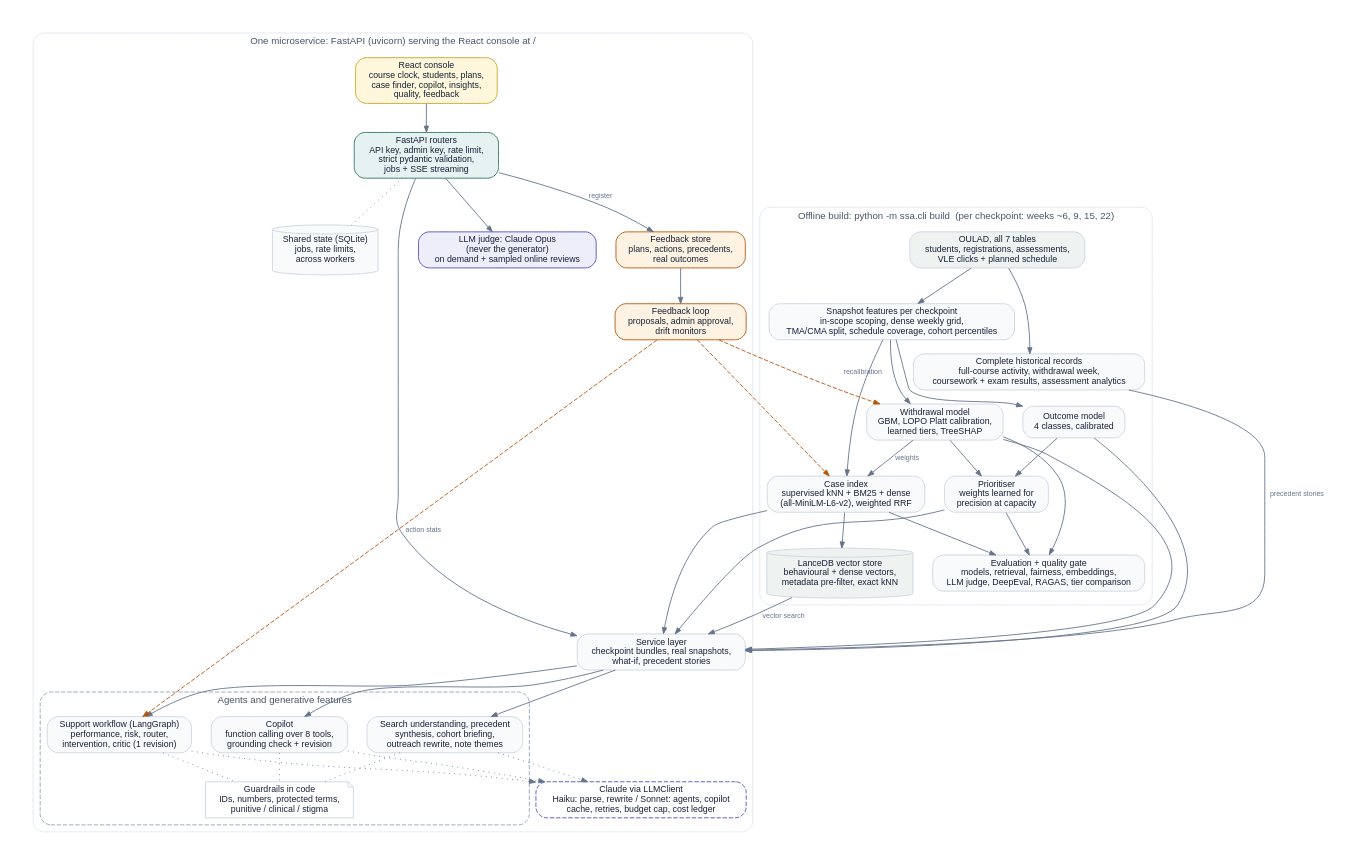
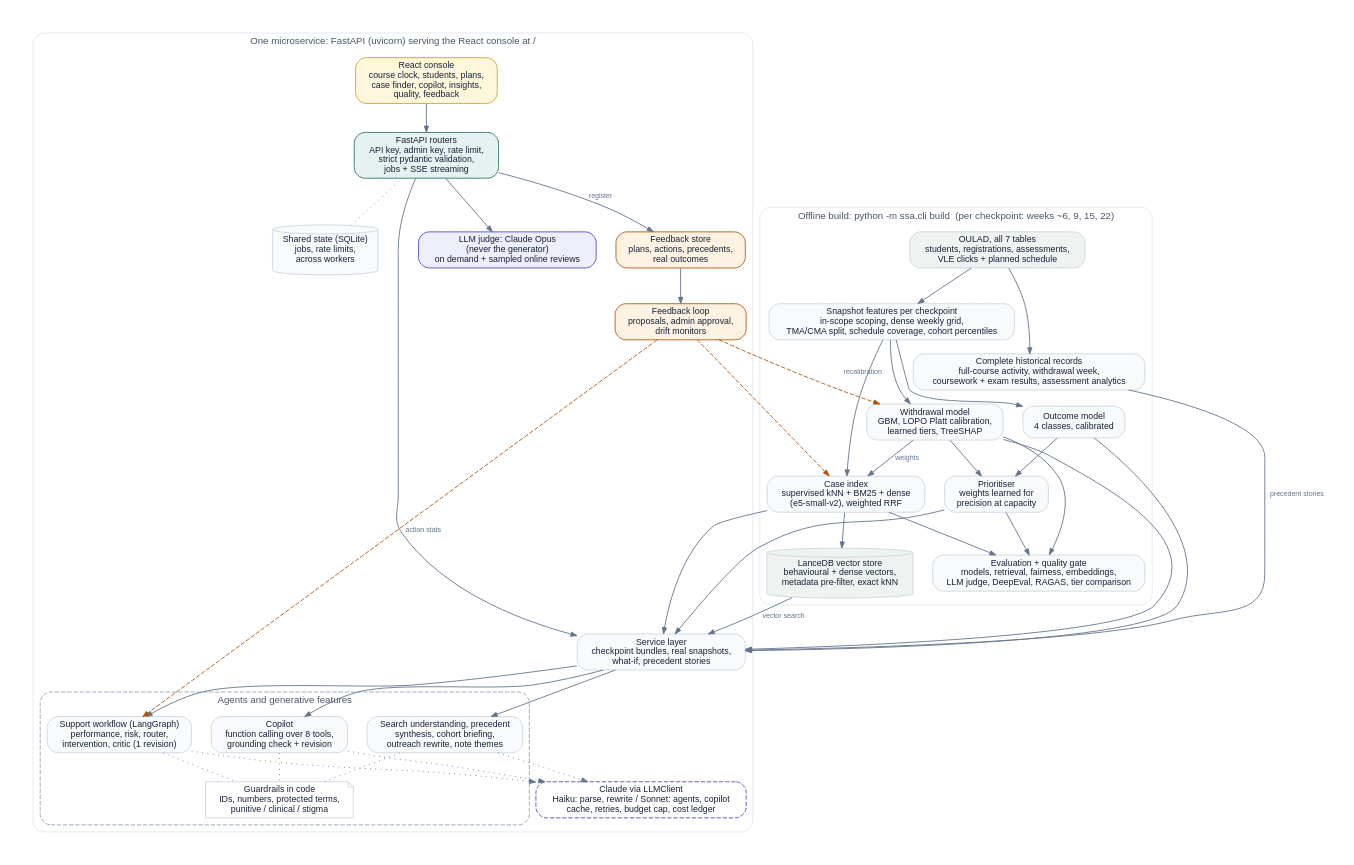
Before and after one commit to stealthynugget/student_success_assistant: the diagram in docs/architecture.dot, drawn with Graphviz. The commit also changed 17 other files, not shown here.

First line of the commit message:
Switch the dense channel to e5-small-v2

```diff
--- a/docs/architecture.dot
+++ b/docs/architecture.dot
@@ -1,41 +1,41 @@
 digraph SSA {
   graph [rankdir=TB, newrank=true, fontname="Helvetica", fontsize=11, bgcolor="white", pad=0.3, nodesep=0.3, ranksep=0.45, splines=true];
   node  [shape=box, style="rounded,filled", fontname="Helvetica", fontsize=10, color="#CBD5E1", fillcolor="#F8FAFC", fontcolor="#172036"];
   edge  [color="#64748B", arrowsize=0.7, fontname="Helvetica", fontsize=8, fontcolor="#64748B"];
 
   subgraph cluster_data { label="Offline build: python -m ssa.cli build  (per checkpoint: weeks ~6, 9, 15, 22)"; style="rounded"; color="#E2E8F0"; fontcolor="#475569";
     raw [label="OULAD, all 7 tables\nstudents, registrations, assessments,\nVLE clicks + planned schedule", fillcolor="#EEF2F1"];
     feat [label="Snapshot features per checkpoint\nin-scope scoping, dense weekly grid,\nTMA/CMA split, schedule coverage, cohort percentiles"];
     full [label="Complete historical records\nfull-course activity, withdrawal week,\ncoursework + exam results, assessment analytics"];
     risk [label="Withdrawal model\nGBM, LOPO Platt calibration,\nlearned tiers, TreeSHAP"];
     out  [label="Outcome model\n4 classes, calibrated"];
     prio [label="Prioritiser\nweights learned for\nprecision at capacity"];
-    idx  [label="Case index\nsupervised kNN + BM25 + dense\n(all-MiniLM-L6-v2), weighted RRF"];
+    idx  [label="Case index\nsupervised kNN + BM25 + dense\n(e5-small-v2), weighted RRF"];
     vdb  [label="LanceDB vector store\nbehavioural + dense vectors,\nmetadata pre-filter, exact kNN", shape=cylinder, fillcolor="#EEF2F1"];
     eval [label="Evaluation + quality gate\nmodels, retrieval, fairness, embeddings,\nLLM judge, DeepEval, RAGAS, tier comparison"];
     raw -> feat; raw -> full; feat -> risk; feat -> out; risk -> prio; out -> prio; feat -> idx; risk -> idx [label="weights"]; idx -> vdb;
     risk -> eval; prio -> eval; idx -> eval;
   }
 
   subgraph cluster_online { label="One microservice: FastAPI (uvicorn) serving the React console at /"; style="rounded"; color="#E2E8F0"; fontcolor="#475569";
     ui  [label="React console\ncourse clock, students, plans,\ncase finder, copilot, insights,\nquality, feedback", fillcolor="#FEF7DC", color="#C9A227"];
     api [label="FastAPI routers\nAPI key, admin key, rate limit,\nstrict pydantic validation,\njobs + SSE streaming", fillcolor="#E6F2F1", color="#2E7466"];
     shared [label="Shared state (SQLite)\njobs, rate limits,\nacross workers", shape=cylinder];
     svc [label="Service layer\ncheckpoint bundles, real snapshots,\nwhat-if, precedent stories"];
     subgraph cluster_agents { label="Agents and generative features"; style="rounded,dashed"; color="#94A3B8";
       wf  [label="Support workflow (LangGraph)\nperformance, risk, router,\nintervention, critic (1 revision)"];
       cop [label="Copilot\nfunction calling over 8 tools,\ngrounding check + revision"];
       gen [label="Search understanding, precedent\nsynthesis, cohort briefing,\noutreach rewrite, note themes"];
       grd [label="Guardrails in code\nIDs, numbers, protected terms,\npunitive / clinical / stigma", shape=note, fillcolor="#FFFFFF"];
     }
     llm [label="Claude via LLMClient\nHaiku: parse, rewrite / Sonnet: agents, copilot\ncache, retries, budget cap, cost ledger", style="rounded,dashed", fillcolor="#EEEEFB", color="#4C4BC2"];
     jud [label="LLM judge: Claude Opus\n(never the generator)\non demand + sampled online reviews", fillcolor="#EEEEFB", color="#4C4BC2"];
     fb  [label="Feedback store\nplans, actions, precedents,\nreal outcomes", fillcolor="#FEF3E2", color="#B45309"];
     loop [label="Feedback loop\nproposals, admin approval,\ndrift monitors", fillcolor="#FEF3E2", color="#B45309"];
     ui -> api -> svc; svc -> wf; svc -> cop; svc -> gen; wf -> grd [style=dotted, arrowhead=none]; cop -> grd [style=dotted, arrowhead=none];
     gen -> grd [style=dotted, arrowhead=none]; wf -> llm [style=dotted]; cop -> llm [style=dotted]; gen -> llm [style=dotted];
     api -> jud; api -> fb [label="register"]; fb -> loop; api -> shared [style=dotted, arrowhead=none];
   }
   risk -> svc; out -> svc; prio -> svc; idx -> svc; vdb -> svc [label="vector search"]; full -> svc [label="precedent stories"];
   loop -> idx [style=dashed, color="#B45309"]; loop -> wf [style=dashed, color="#B45309", label="action stats"]; loop -> risk [style=dashed, color="#B45309", label="recalibration"];
 }
```
